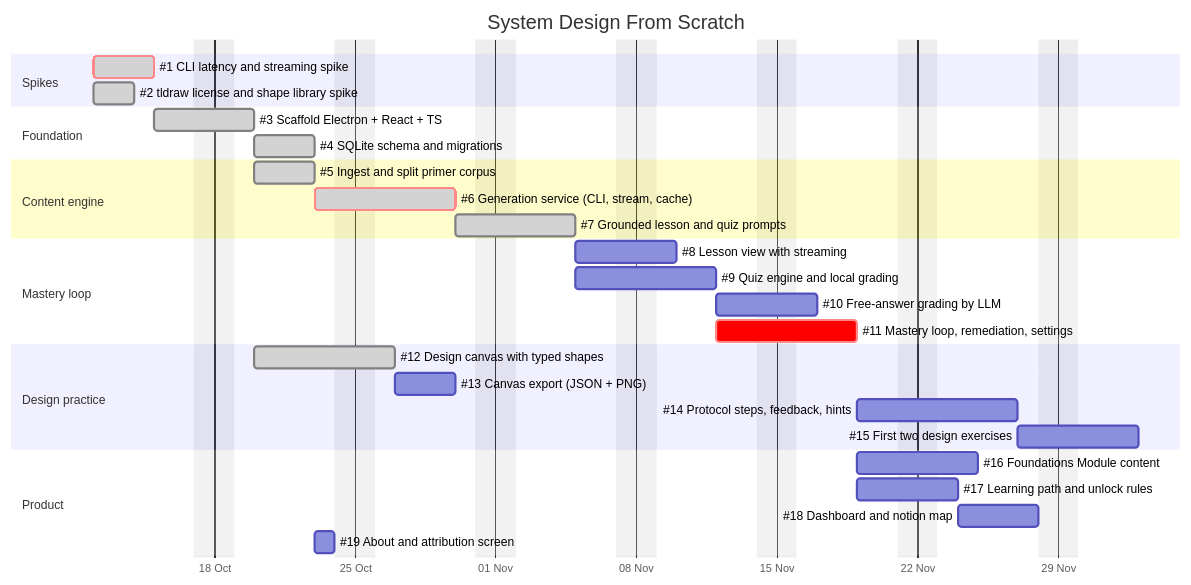
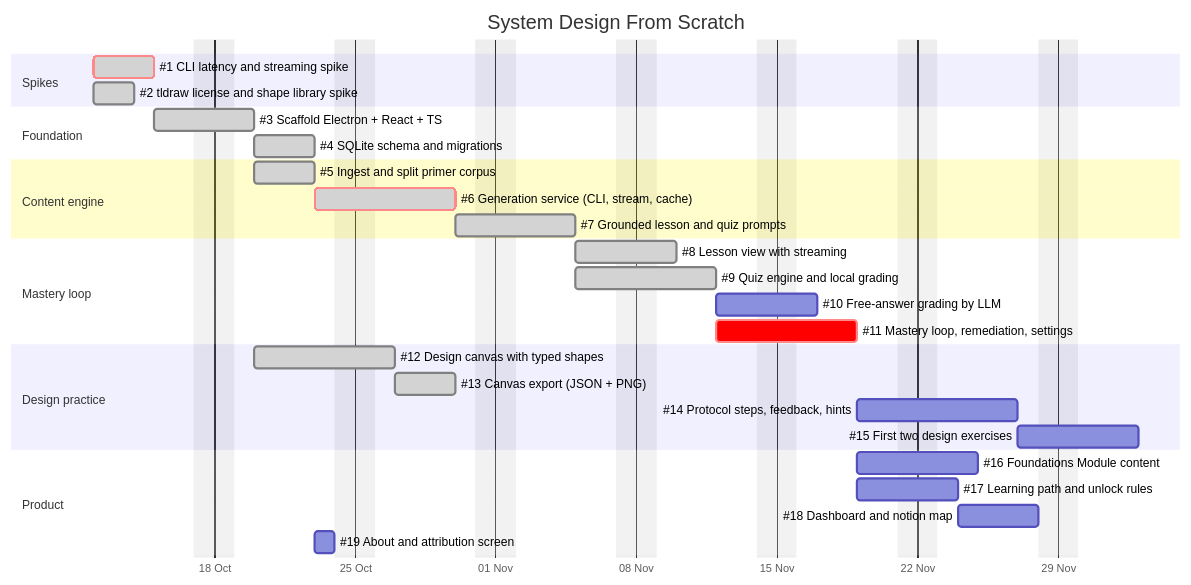
The diagram in docs/ROADMAP.md (jbclaramonte/system-design-from-scratch), drawn with Mermaid before and after one commit. The commit also changed 73 other files, not shown here.

First line of the commit message:
feat: lesson view (#8), quiz engine (#9) and canvas export (#13)

````diff
--- a/docs/ROADMAP.md
+++ b/docs/ROADMAP.md
@@ -13,38 +13,38 @@
 ```mermaid
 gantt
     title System Design From Scratch
     dateFormat YYYY-MM-DD
     excludes weekends
     axisFormat %d %b
 
     section Spikes
     #1 CLI latency and streaming spike        :done, crit, s1, 2026-10-12, 3d
     #2 tldraw license and shape library spike :done, s2, 2026-10-12, 2d
 
     section Foundation
     #3 Scaffold Electron + React + TS         :done, f1, after s1, 3d
     #4 SQLite schema and migrations           :done, f2, after f1, 3d
 
     section Content engine
     #5 Ingest and split primer corpus         :done, c1, after f1, 3d
     #6 Generation service (CLI, stream, cache):done, crit, c2, after f2, 5d
     #7 Grounded lesson and quiz prompts       :done, c3, after c1 c2, 4d
 
     section Mastery loop
-    #8 Lesson view with streaming             :m1, after c3, 3d
-    #9 Quiz engine and local grading          :m2, after c3, 5d
+    #8 Lesson view with streaming             :done, m1, after c3, 3d
+    #9 Quiz engine and local grading          :done, m2, after c3, 5d
     #10 Free-answer grading by LLM            :m3, after m2, 3d
     #11 Mastery loop, remediation, settings   :crit, m4, after m1 m2, 5d
 
     section Design practice
     #12 Design canvas with typed shapes       :done, d1, after s2 f1, 5d
-    #13 Canvas export (JSON + PNG)            :d2, after d1, 3d
+    #13 Canvas export (JSON + PNG)            :done, d2, after d1, 3d
     #14 Protocol steps, feedback, hints       :d3, after d2 m4, 6d
     #15 First two design exercises            :d4, after d3, 4d
 
     section Product
     #16 Foundations Module content            :p1, after m4, 4d
     #17 Learning path and unlock rules        :p2, after m4, 3d
     #18 Dashboard and notion map              :p3, after p2, 4d
     #19 About and attribution screen          :p4, after c1, 1d
 ```
````
